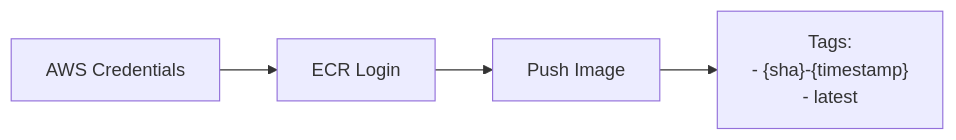
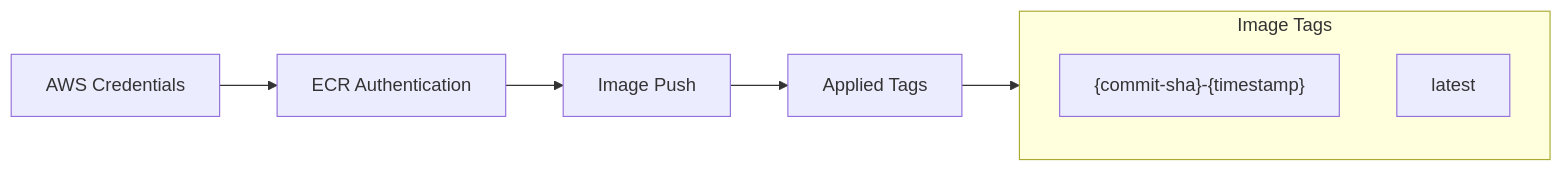
The sixth of 8 diagrams in docs/CI_CD_PIPELINE.md (WSO2-G02/salon-booking-frontend-dev), drawn with Mermaid before and after one commit. The commit also changed other lines of this file and 2 other files, not shown here.

````diff
--- a/docs/CI_CD_PIPELINE.md
+++ b/docs/CI_CD_PIPELINE.md
@@ -233,6 +228,13 @@
 ```mermaid
 flowchart LR
-    creds["AWS Credentials"] --> ecr["ECR Login"]
-    ecr --> push["Push Image"]
-    push --> tags["Tags:\n- {sha}-{timestamp}\n- latest"]
+    credentials["AWS Credentials"] --> authentication["ECR Authentication"]
+    authentication --> push["Image Push"]
+    push --> tags["Applied Tags"]
+    
+    subgraph ImageTags["Image Tags"]
+        sha_tag["{commit-sha}-{timestamp}"]
+        latest_tag["latest"]
+    end
+    
+    tags --> ImageTags
 ```
````
